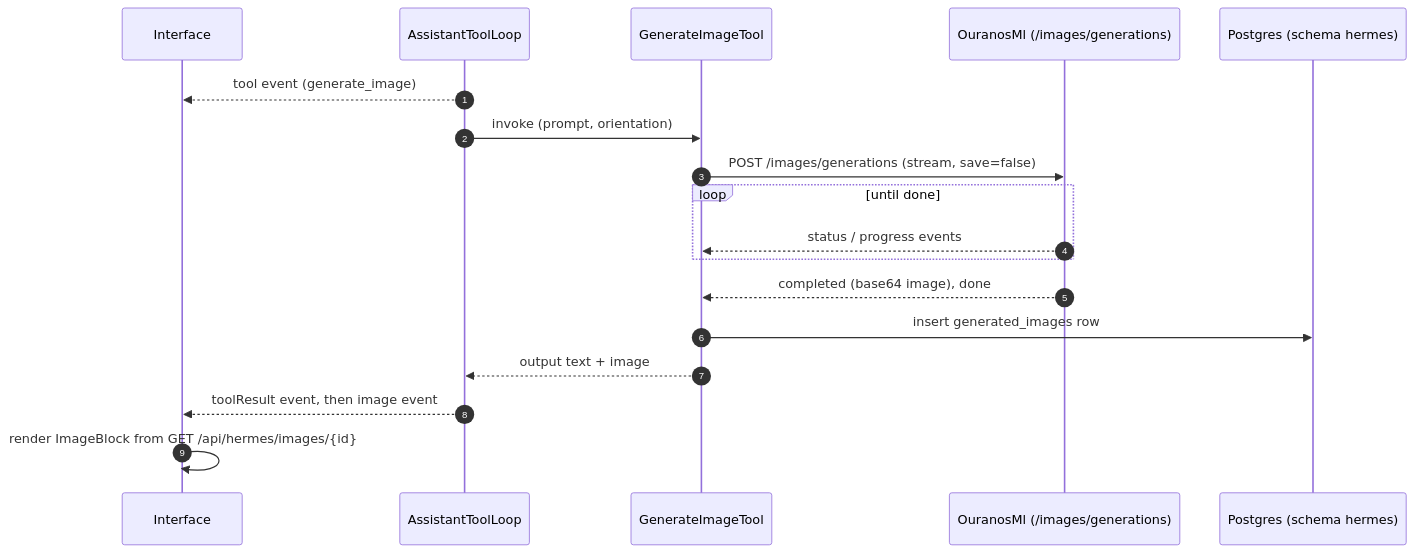
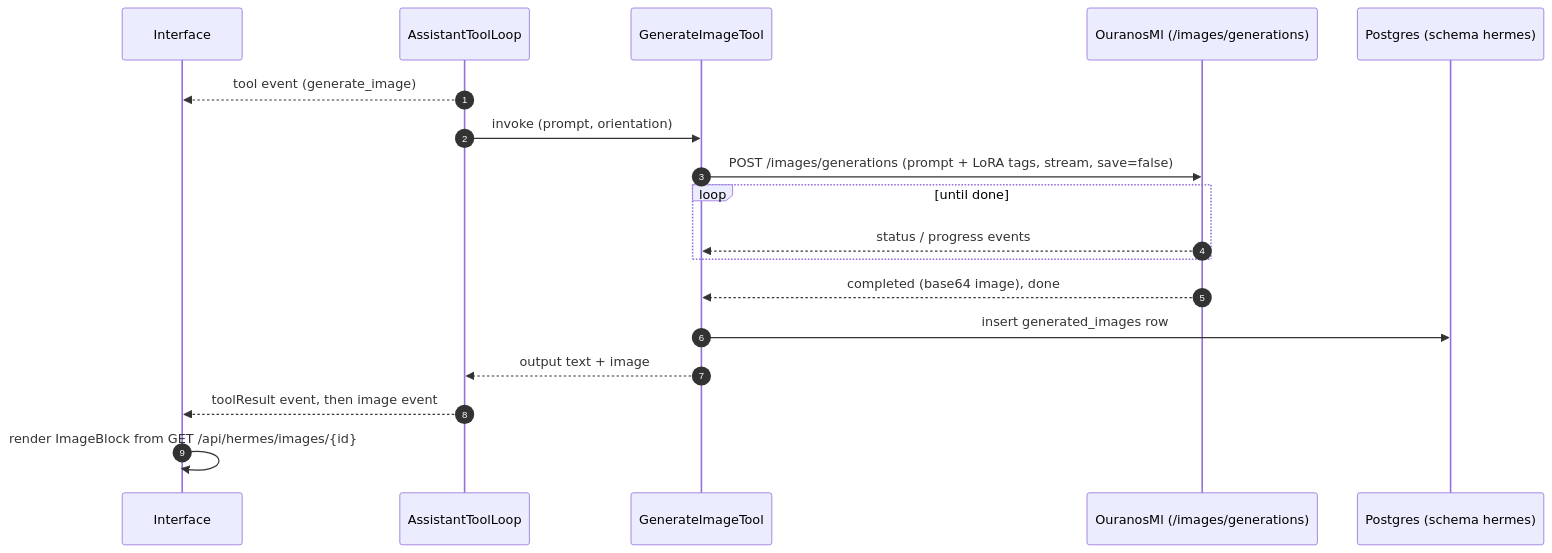
The second of 2 diagrams in src/modules/hermes/docs/06-runtime-view.md (davwales/ouranos-pantheon), drawn with Mermaid before and after one commit. The commit also changed other lines of this file and 95 other files, not shown here.

````diff
--- a/src/modules/hermes/docs/06-runtime-view.md
+++ b/src/modules/hermes/docs/06-runtime-view.md
@@ -48,21 +48,21 @@
 ```mermaid
 sequenceDiagram
     autonumber
     participant UI as Interface
     participant L as AssistantToolLoop
     participant T as GenerateImageTool
     participant ML as OuranosMl (/images/generations)
     participant DB as Postgres (schema hermes)
 
     L -->> UI: tool event (generate_image)
     L ->> T: invoke (prompt, orientation)
-    T ->> ML: POST /images/generations (stream, save=false)
+    T ->> ML: POST /images/generations (prompt + LoRA tags, stream, save=false)
     loop until done
         ML -->> T: status / progress events
     end
     ML -->> T: completed (base64 image), done
     T ->> DB: insert generated_images row
     T -->> L: output text + image
     L -->> UI: toolResult event, then image event
     UI ->> UI: render ImageBlock from GET /api/hermes/images/{id}
 ```
````
